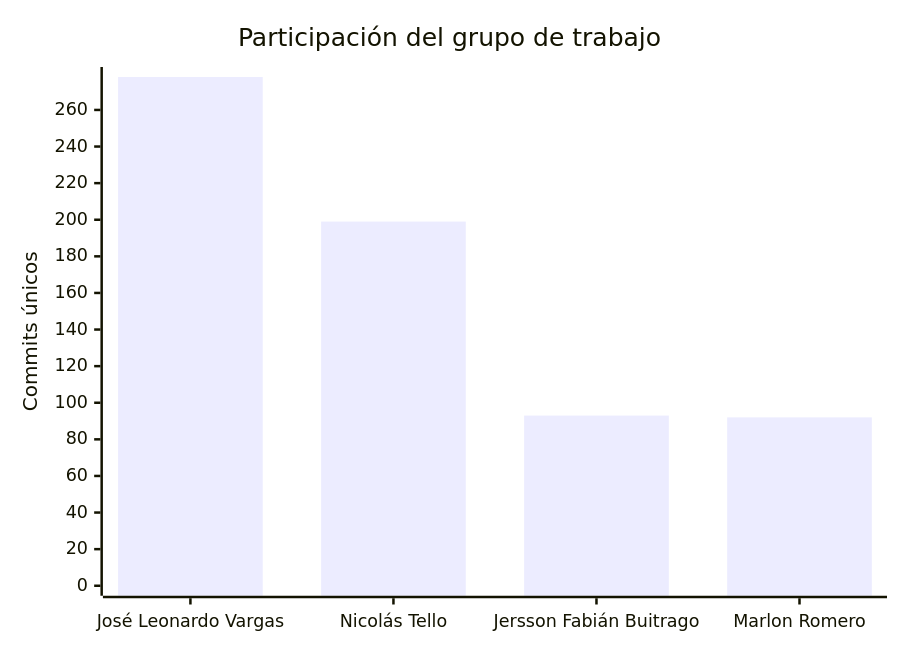
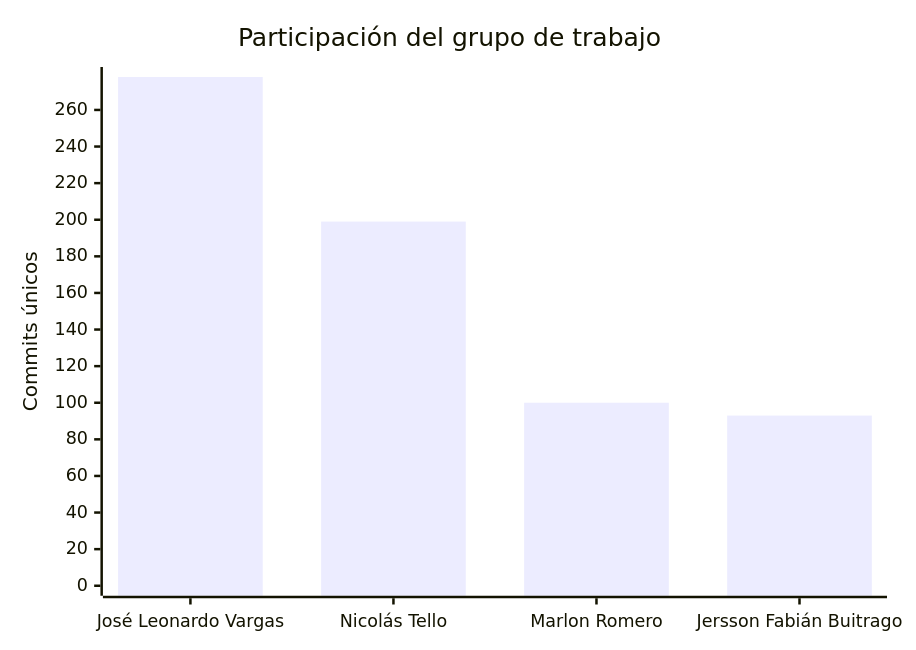
Before and after one commit to FarmaExpres/FarmaExpres: the second of 2 diagrams in README.md, drawn with Mermaid. The commit also changed other lines of this file and 1 other file, not shown here.

````diff
--- a/README.md
+++ b/README.md
@@ -403,7 +403,7 @@
 ```mermaid
 xychart-beta
     title "Participación del grupo de trabajo"
-    x-axis ["José Leonardo Vargas", "Nicolás Tello", "Jersson Fabián Buitrago", "Marlon Romero"]
+    x-axis ["José Leonardo Vargas", "Nicolás Tello", "Marlon Romero", "Jersson Fabián Buitrago"]
     y-axis "Commits únicos" 0 --> 278
-    bar [278, 199, 93, 92]
+    bar [278, 199, 100, 93]
 ```
````
